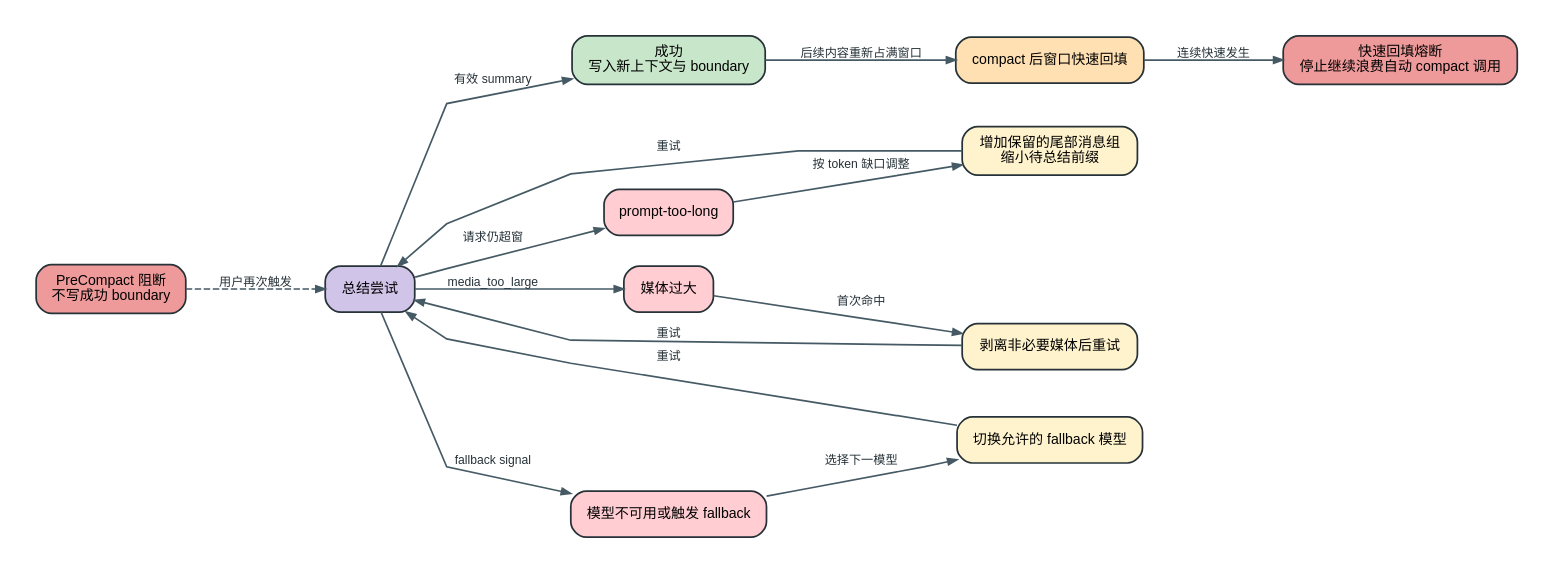
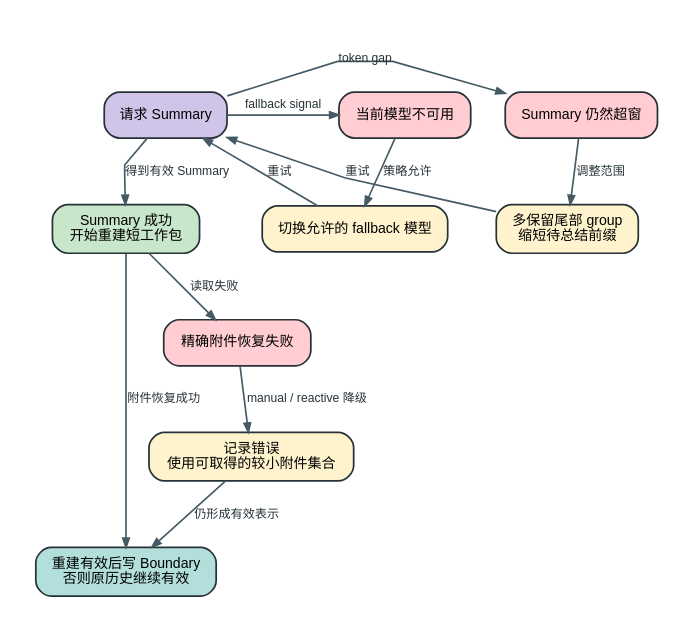
One commit to SwallOwDili/claudecodecli-sourcecode changed the diagram in analysis/visuals/compact-recovery.dot. Above: the diagram before and after it, drawn with Graphviz. The commit also changed 8 other files, not shown here.

```diff
--- a/analysis/visuals/compact-recovery.dot
+++ b/analysis/visuals/compact-recovery.dot
@@ -1,54 +1,53 @@
 digraph compact_recovery {
   graph [
-    rankdir=LR,
+    rankdir=TB,
     bgcolor="#ffffff",
     pad="0.28",
-    nodesep="0.34",
-    ranksep="0.70",
+    nodesep="0.38",
+    ranksep="0.58",
     splines=polyline,
     fontname="Arial, PingFang SC, Microsoft YaHei"
   ];
   node [
     shape=box,
     style="rounded,filled",
     color="#263238",
     penwidth=1.35,
     margin="0.16,0.10",
     fontname="Arial, PingFang SC, Microsoft YaHei",
     fontsize=11
   ];
   edge [
     color="#455a64",
     penwidth=1.3,
     arrowsize=0.72,
     fontname="Arial, PingFang SC, Microsoft YaHei",
     fontsize=9.5,
     fontcolor="#263238"
   ];
 
-  attempt [label="总结尝试", fillcolor="#d1c4e9"];
-  success [label="成功\n写入新上下文与 boundary", fillcolor="#c8e6c9"];
-  ptl [label="prompt-too-long", fillcolor="#ffcdd2"];
-  preserve [label="增加保留的尾部消息组\n缩小待总结前缀", fillcolor="#fff3cd"];
-  media [label="媒体过大", fillcolor="#ffcdd2"];
-  strip [label="剥离非必要媒体后重试", fillcolor="#fff3cd"];
-  model [label="模型不可用或触发 fallback", fillcolor="#ffcdd2"];
+  attempt [label="请求 Summary", fillcolor="#d1c4e9"];
+  ptl [label="Summary 仍然超窗", fillcolor="#ffcdd2"];
+  preserve [label="多保留尾部 group\n缩短待总结前缀", fillcolor="#fff3cd"];
+  model [label="当前模型不可用", fillcolor="#ffcdd2"];
   fallback [label="切换允许的 fallback 模型", fillcolor="#fff3cd"];
-  blocked [label="PreCompact 阻断\n不写成功 boundary", fillcolor="#ef9a9a"];
-  refill [label="compact 后窗口快速回填", fillcolor="#ffe0b2"];
-  breaker [label="快速回填熔断\n停止继续浪费自动 compact 调用", fillcolor="#ef9a9a"];
+  rebuild [label="Summary 成功\n开始重建短工作包", fillcolor="#c8e6c9"];
+  attach [label="精确附件恢复失败", fillcolor="#ffcdd2"];
+  degrade [label="记录错误\n使用可取得的较小附件集合", fillcolor="#fff3cd"];
+  boundary [label="重建有效后写 Boundary\n否则原历史继续有效", fillcolor="#b2dfdb"];
 
-  attempt -> success [label="有效 summary"];
-  attempt -> ptl [label="请求仍超窗"];
-  ptl -> preserve [label="按 token 缺口调整"];
+  { rank=same; ptl; attempt; model; }
+  { rank=same; preserve; fallback; }
+
+  attempt -> rebuild [label="得到有效 Summary"];
+  attempt -> ptl [label="token gap"];
+  ptl -> preserve [label="调整范围"];
   preserve -> attempt [label="重试"];
-  attempt -> media [label="media_too_large"];
-  media -> strip [label="首次命中"];
-  strip -> attempt [label="重试"];
   attempt -> model [label="fallback signal"];
-  model -> fallback [label="选择下一模型"];
+  model -> fallback [label="策略允许"];
   fallback -> attempt [label="重试"];
-  blocked -> attempt [label="用户再次触发", style=dashed];
-  success -> refill [label="后续内容重新占满窗口"];
-  refill -> breaker [label="连续快速发生"];
+  rebuild -> boundary [label="附件恢复成功"];
+  rebuild -> attach [label="读取失败"];
+  attach -> degrade [label="manual / reactive 降级"];
+  degrade -> boundary [label="仍形成有效表示"];
 }
```
